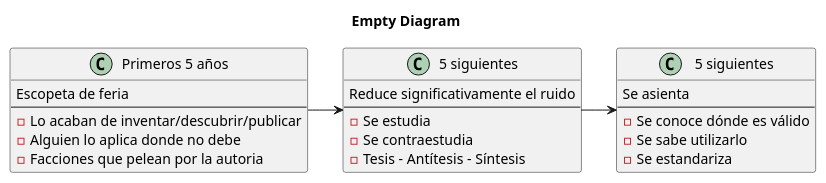
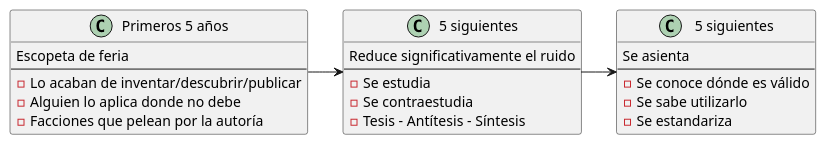
Before and after one commit to mmasias/mmasias: the diagram in modelosUML/5_5_5.puml, drawn with PlantUML. The commit also changed 1 other file, not shown here.

Commit message:
Añadido nuevo diagrama UML y actualización de ortografía
- 🆕 Se ha agregado un nuevo archivo SVG para un diagrama UML (5_5_5.svg)
- 📝 Corrección ortográfica en el archivo PlantUML (5_5_5.puml), cambiando "autoria" por "autoría"

```diff
--- a/modelosUML/5_5_5.puml
+++ b/modelosUML/5_5_5.puml
@@ -1,33 +1,31 @@
 @startuml
-
-title Empty Diagram
 
 class 5Primeros as "Primeros 5 años" {
 Escopeta de feria
 ---
 - Lo acaban de inventar/descubrir/publicar
 - Alguien lo aplica donde no debe
-- Facciones que pelean por la autoria
+- Facciones que pelean por la autoría
 }
 
 
 class 5Siguientes as "5 siguientes" {
 Reduce significativamente el ruido
 ---
 - Se estudia
 - Se contraestudia
 - Tesis - Antítesis - Síntesis
 }
 
 class 5Posteriores as " 5 siguientes" {
 Se asienta
 ---
 - Se conoce dónde es válido
 - Se sabe utilizarlo
 - Se estandariza
 }
 
 5Primeros--r->5Siguientes
 5Siguientes--r->5Posteriores
 
 @enduml
```
